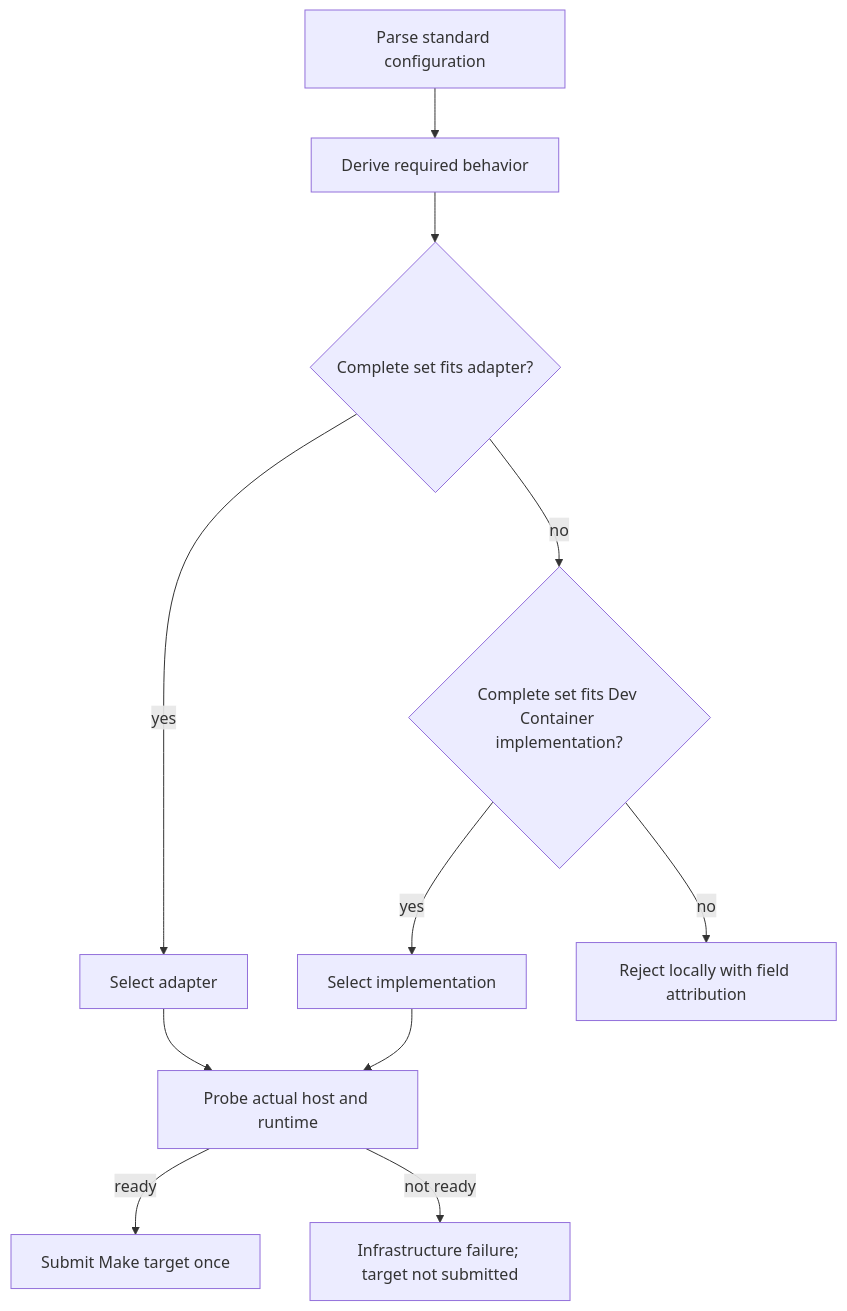
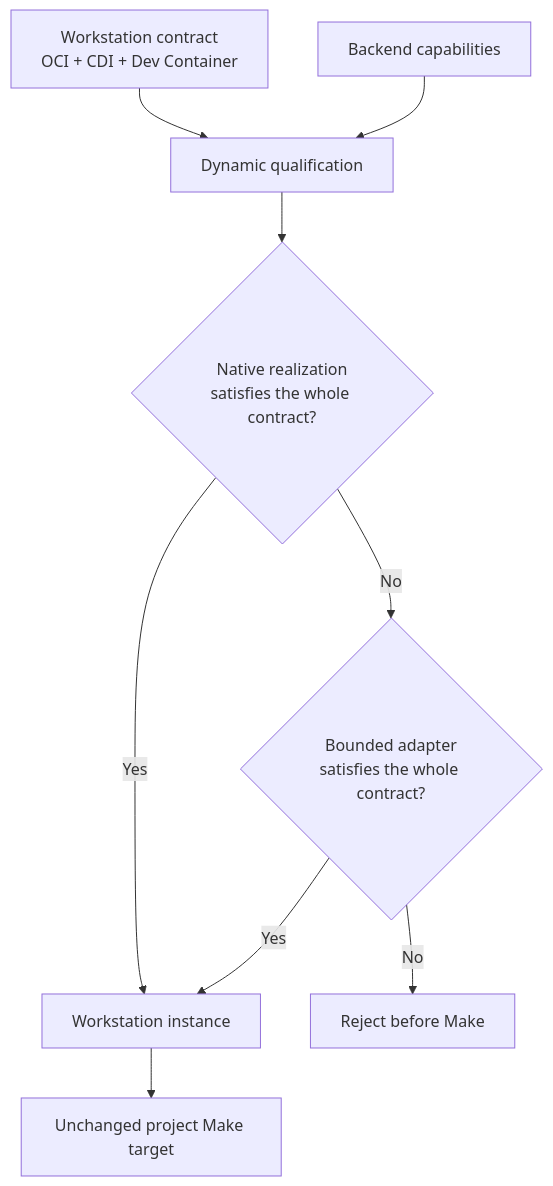
Before and after one commit to jianwen-zhu/cloudmake: the diagram in docs/devcontainer-execution-landscape.md, drawn with Mermaid. The commit also changed other lines of this file and 42 other files, not shown here.

````diff
--- a/docs/devcontainer-execution-landscape.md
+++ b/docs/devcontainer-execution-landscape.md
@@ -258,13 +113,13 @@
 ```mermaid
-flowchart TD
-    P[Parse standard configuration] --> R[Derive required behavior]
-    R --> A{Complete set fits adapter?}
-    A -->|yes| AP[Select adapter]
-    A -->|no| N{Complete set fits Dev Container implementation?}
-    N -->|yes| NP[Select implementation]
-    N -->|no| F[Reject locally with field attribution]
-    AP --> DP[Probe actual host and runtime]
-    NP --> DP
-    DP -->|ready| M[Submit Make target once]
-    DP -->|not ready| I[Infrastructure failure; target not submitted]
+flowchart TB
+    C[Workstation contract<br/>OCI + CDI + Dev Container]
+    B[Backend capabilities]
+    C --> Q[Dynamic qualification]
+    B --> Q
+    Q --> N{Native realization<br/>satisfies the whole contract?}
+    N -->|Yes| W[Workstation instance]
+    N -->|No| A{Bounded adapter<br/>satisfies the whole contract?}
+    A -->|Yes| W
+    A -->|No| F[Reject before Make]
+    W --> M[Unchanged project Make target]
 ```
````
